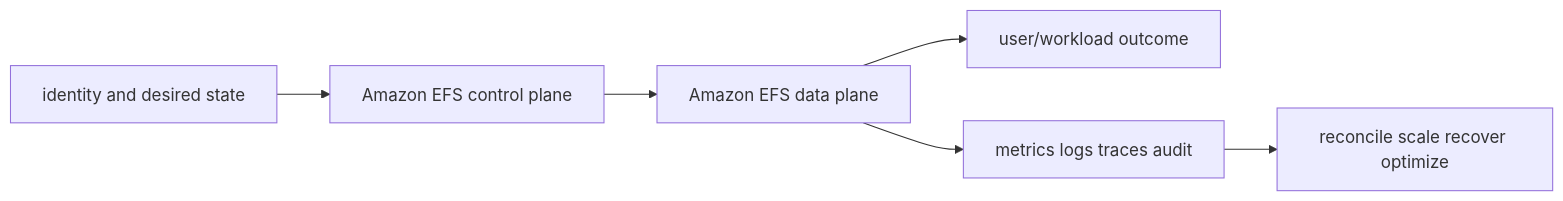
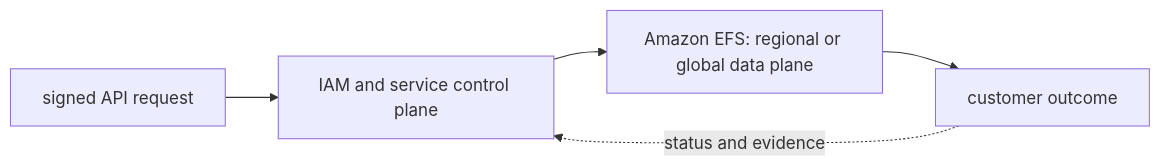
The diagram in 07-aws/05-storage/03-efs/README.md (tomkidumbuyo/DevOps-interview-preparation), drawn with Mermaid before and after one commit. The commit also changed other lines of this file and 753 other files, not shown here.

````diff
--- a/07-aws/05-storage/03-efs/README.md
+++ b/07-aws/05-storage/03-efs/README.md
@@ -19,8 +31,7 @@
 ```mermaid
 flowchart LR
-  I[identity and desired state] --> C[Amazon EFS control plane]
-  C --> D[Amazon EFS data plane]
-  D --> U[user/workload outcome]
-  D --> O[metrics logs traces audit]
-  O --> R[reconcile scale recover optimize]
+  A["signed API request"] --> B["IAM and service control plane"]
+  B --> C["Amazon EFS: regional or global data plane"]
+  C --> D["customer outcome"]
+  D -. "status and evidence" .-> B
 ```
````
